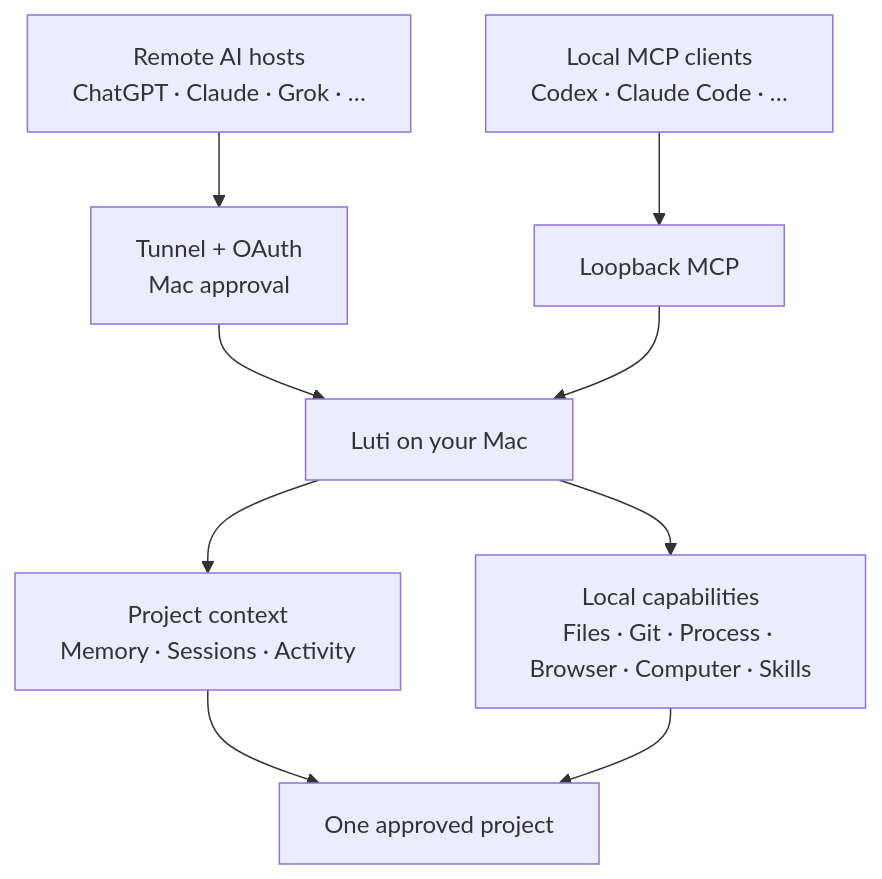
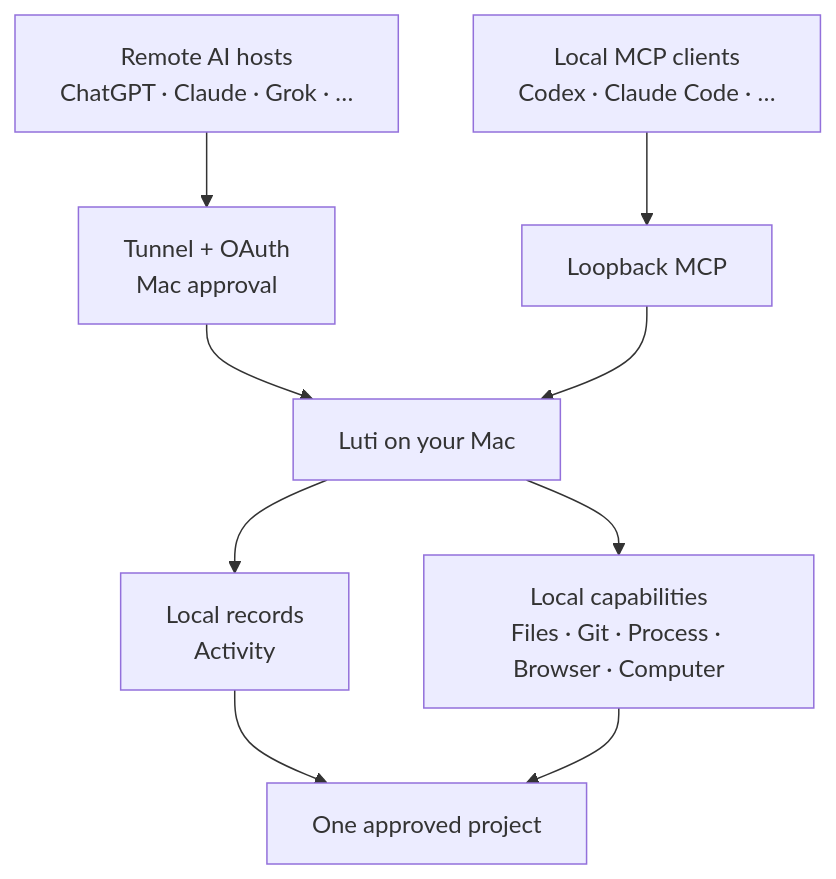
Before and after one commit to boltguo/Luti: the diagram in README.md, drawn with Mermaid. The commit also changed other lines of this file and 85 other files, not shown here.

````diff
--- a/README.md
+++ b/README.md
@@ -27,16 +27,16 @@
 ```mermaid
 flowchart TB
     remote["Remote AI hosts<br/>ChatGPT · Claude · Grok · …"]
     local["Local MCP clients<br/>Codex · Claude Code · …"]
     tunnel["Tunnel + OAuth<br/>Mac approval"]
     loopback["Loopback MCP"]
     luti["Luti on your Mac"]
-    context["Project context<br/>Memory · Sessions · Activity"]
-    tools["Local capabilities<br/>Files · Git · Process · Browser · Computer · Skills"]
+    context["Local records<br/>Activity"]
+    tools["Local capabilities<br/>Files · Git · Process · Browser · Computer"]
     project["One approved project"]
 
     remote --> tunnel --> luti
     local --> loopback --> luti
     luti --> context --> project
     luti --> tools --> project
 ```
````
